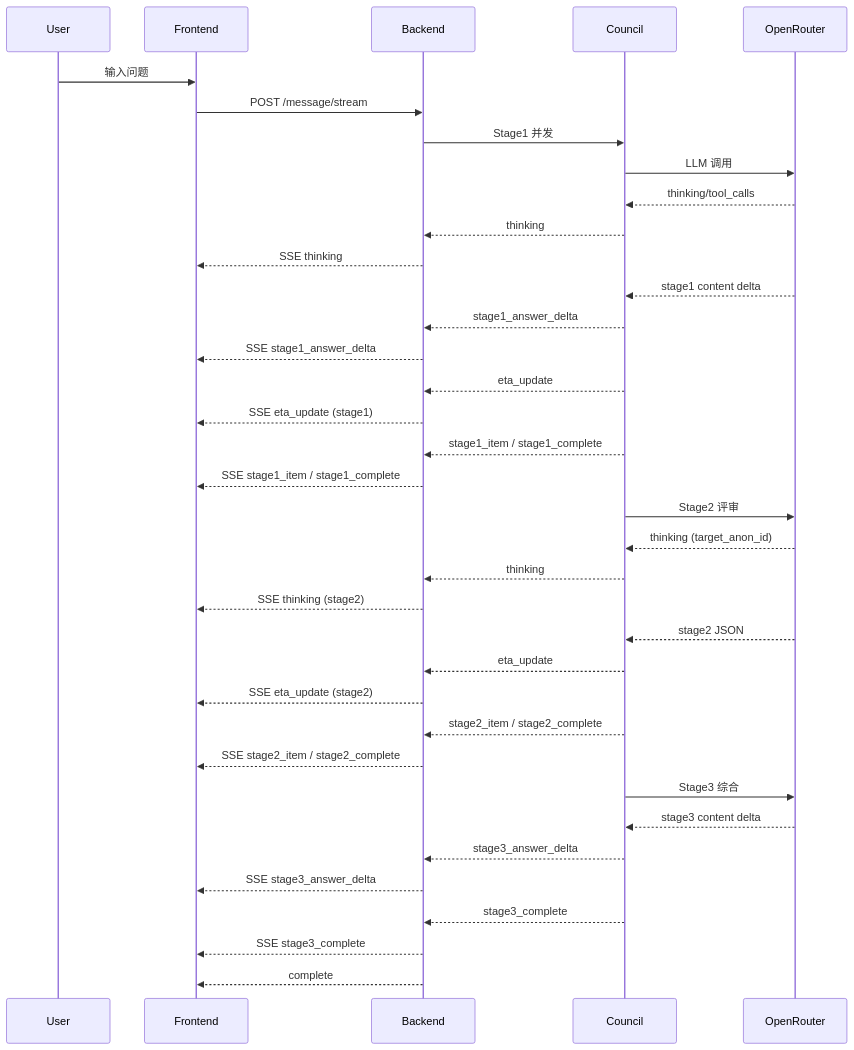
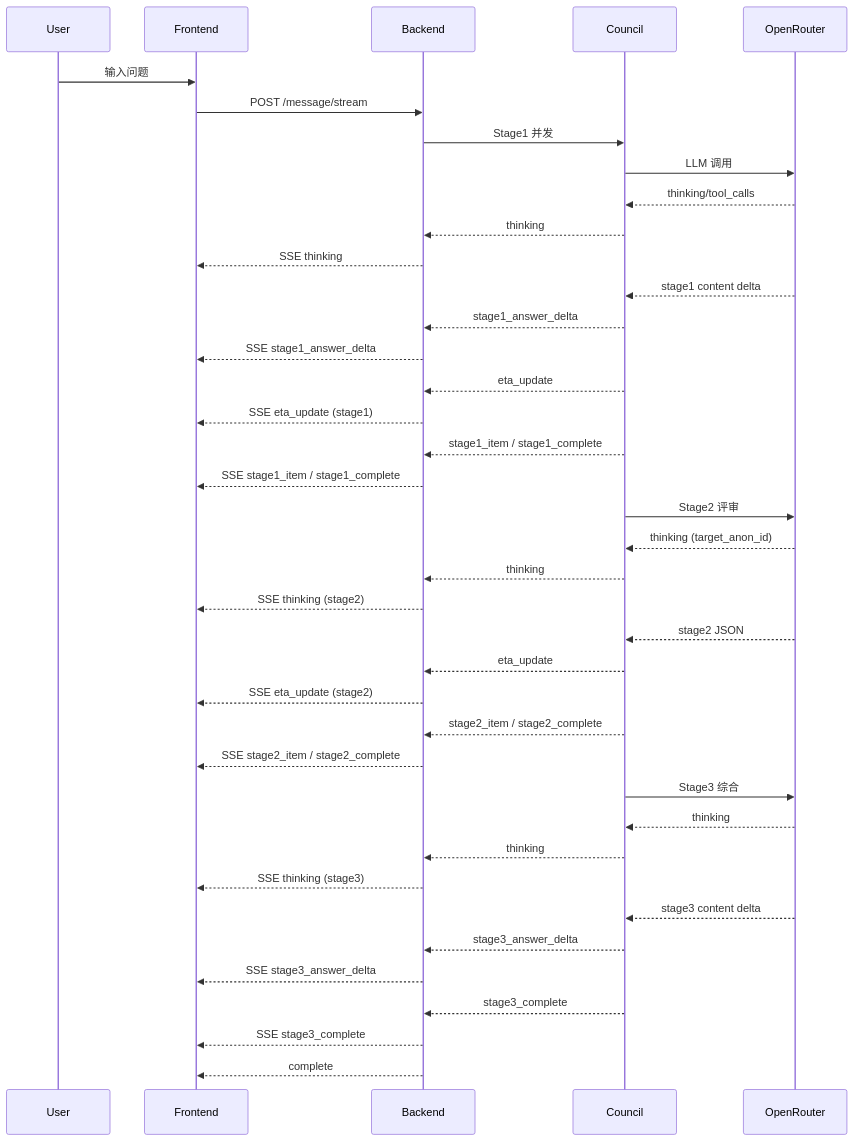
One commit to JGPliskin/llm_council_sentinel changed the diagram in docs/Architecture.md. Above: the diagram before and after it, drawn with Mermaid. The commit also changed 16 other files, not shown here.

````diff
--- a/docs/Architecture.md
+++ b/docs/Architecture.md
@@ -111,47 +111,51 @@
 ```mermaid
 sequenceDiagram
     participant U as User
     participant FE as Frontend
     participant BE as Backend
     participant C as Council
     participant OR as OpenRouter
 
     U->>FE: 输入问题
     FE->>BE: POST /message/stream
     BE->>C: Stage1 并发
     C->>OR: LLM 调用
     OR-->>C: thinking/tool_calls
     C-->>BE: thinking
     BE-->>FE: SSE thinking
 
     OR-->>C: stage1 content delta
     C-->>BE: stage1_answer_delta
     BE-->>FE: SSE stage1_answer_delta
 
     C-->>BE: eta_update
     BE-->>FE: SSE eta_update (stage1)
 
     C-->>BE: stage1_item / stage1_complete
     BE-->>FE: SSE stage1_item / stage1_complete
 
     C->>OR: Stage2 评审
     OR-->>C: thinking (target_anon_id)
     C-->>BE: thinking
     BE-->>FE: SSE thinking (stage2)
 
     OR-->>C: stage2 JSON
     C-->>BE: eta_update
     BE-->>FE: SSE eta_update (stage2)
 
     C-->>BE: stage2_item / stage2_complete
     BE-->>FE: SSE stage2_item / stage2_complete
 
     C->>OR: Stage3 综合
+    OR-->>C: thinking
+    C-->>BE: thinking
+    BE-->>FE: SSE thinking (stage3)
+
     OR-->>C: stage3 content delta
     C-->>BE: stage3_answer_delta
     BE-->>FE: SSE stage3_answer_delta
 
     C-->>BE: stage3_complete
     BE-->>FE: SSE stage3_complete
     BE-->>FE: complete
 ```
````
